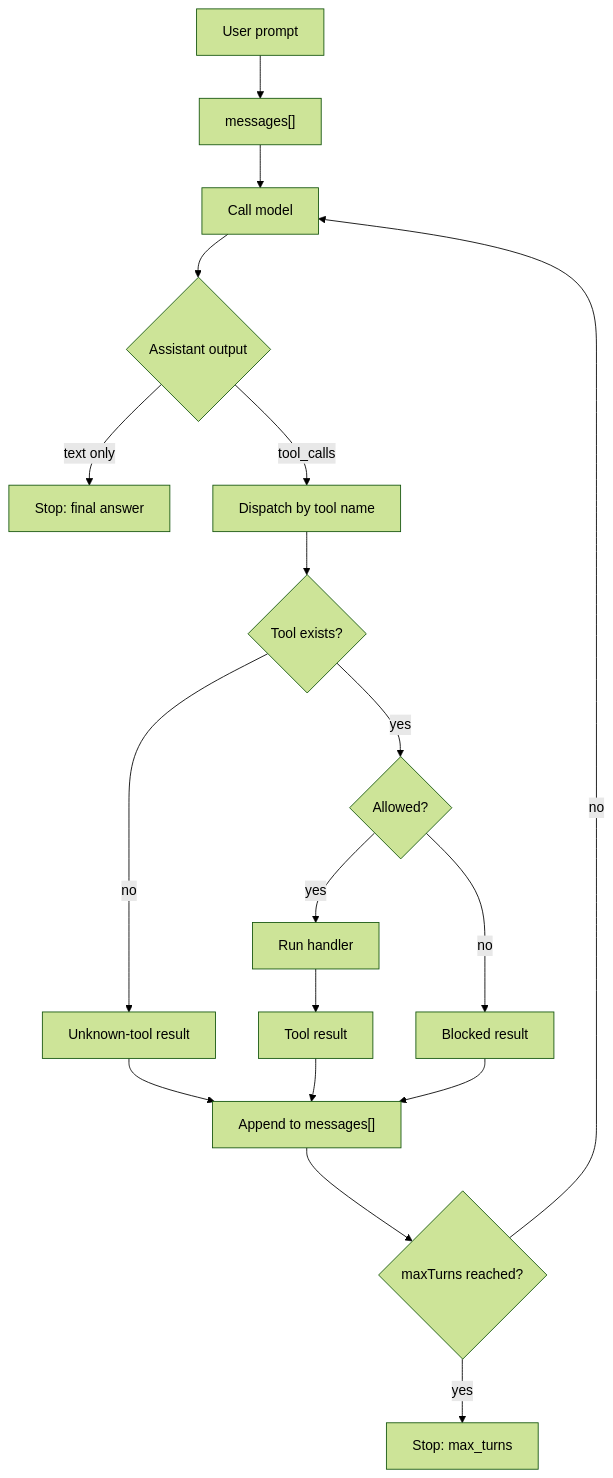
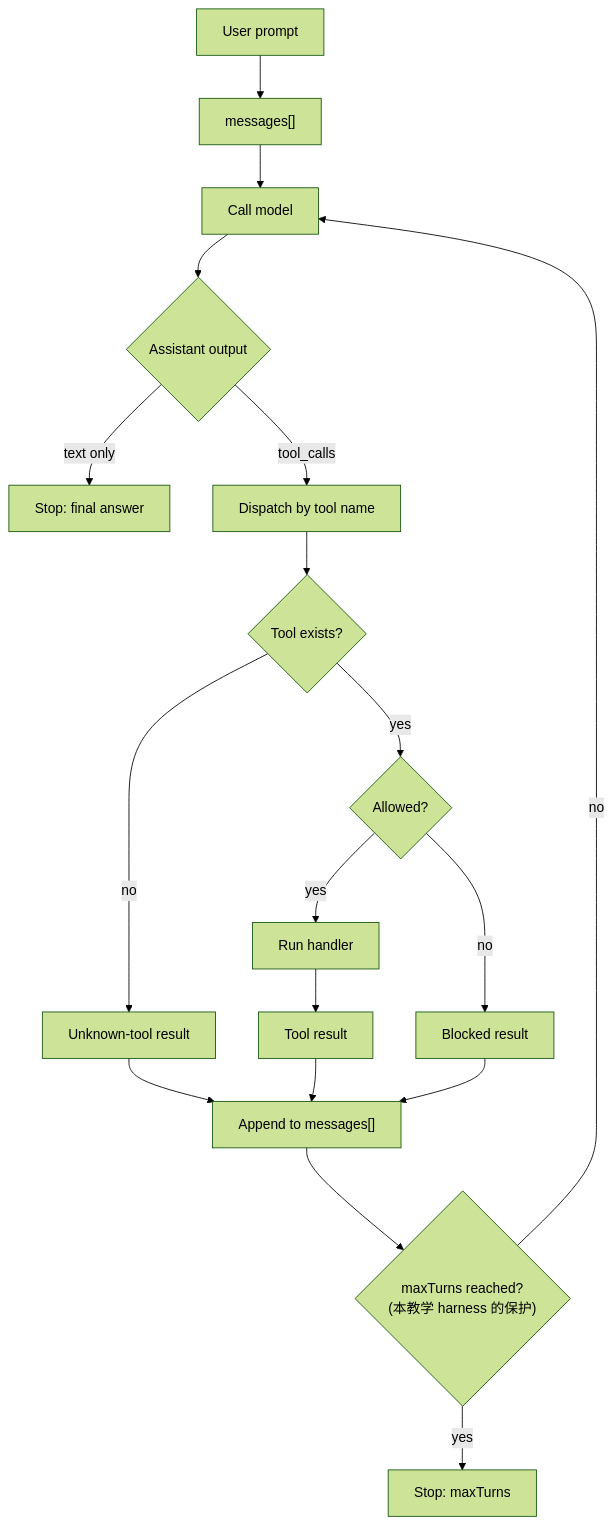
One commit to shihao-zhang/learn-pi-agent changed the diagram in s01_agent_loop/README.md. Above: the diagram before and after it, drawn with Mermaid (forest theme). The commit also changed other lines of this file and 6 other files, not shown here.

````diff
--- a/s01_agent_loop/README.md
+++ b/s01_agent_loop/README.md
@@ -28,20 +28,20 @@
 ```mermaid
 flowchart TD
   A["User prompt"] --> B["messages[]"]
   B --> C["Call model"]
   C --> D{"Assistant output"}
   D -->|text only| E["Stop: final answer"]
   D -->|tool_calls| F["Dispatch by tool name"]
   F --> G{"Tool exists?"}
   G -->|yes| J{"Allowed?"}
   G -->|no| I["Unknown-tool result"]
   J -->|yes| H["Run handler"]
   J -->|no| L["Blocked result"]
   H --> K["Tool result"]
   I --> M["Append to messages[]"]
   K --> M
   L --> M
-  M --> N{"maxTurns reached?"}
+  M --> N{"maxTurns reached?<br/>(本教学 harness 的保护)"}
   N -->|no| C
-  N -->|yes| O["Stop: max_turns"]
+  N -->|yes| O["Stop: maxTurns"]
 ```
````
